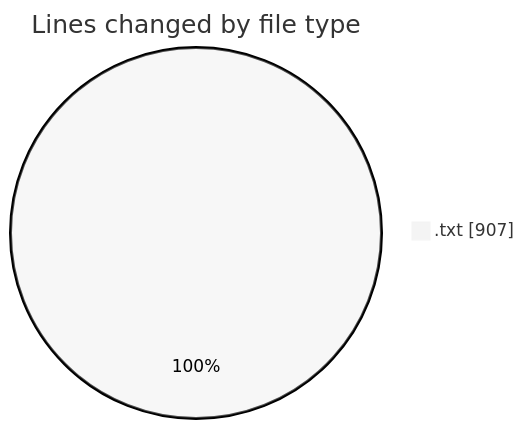
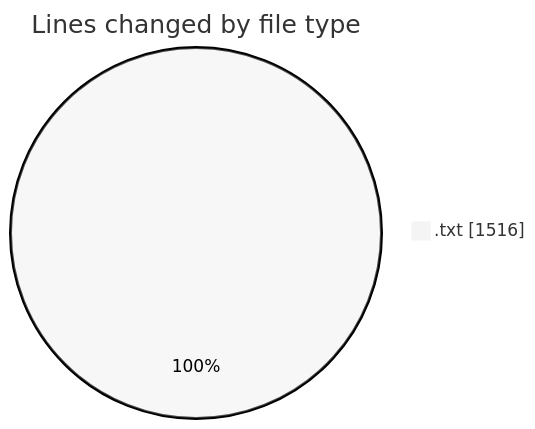
The first of 2 diagrams in 2026-11-18/cilreports__workspace_/README.md (ricardozamudiocil/code-tracking), drawn with Mermaid (neutral theme) before and after one commit. The commit also changed other lines of this file and 1 other file, not shown here.

````diff
--- a/2026-11-18/cilreports__workspace_/README.md
+++ b/2026-11-18/cilreports__workspace_/README.md
@@ -20,5 +20,5 @@
 ```mermaid
 pie showData
 title Lines changed by file type
-".txt" : 907
+".txt" : 1516
 ```
````
